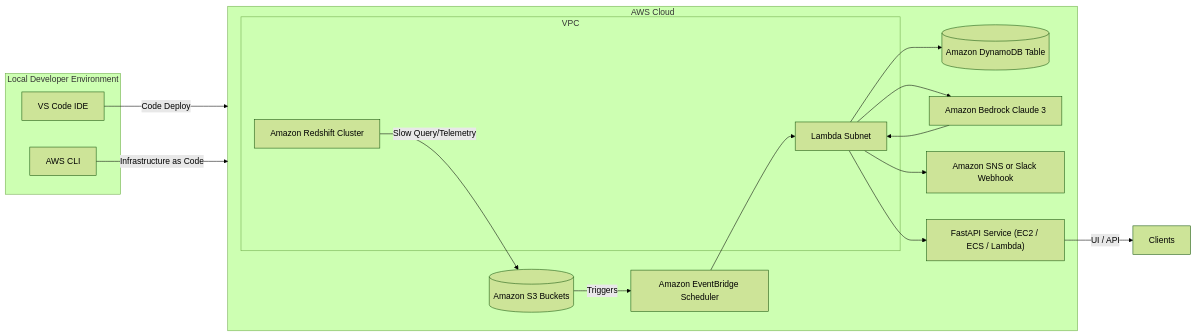
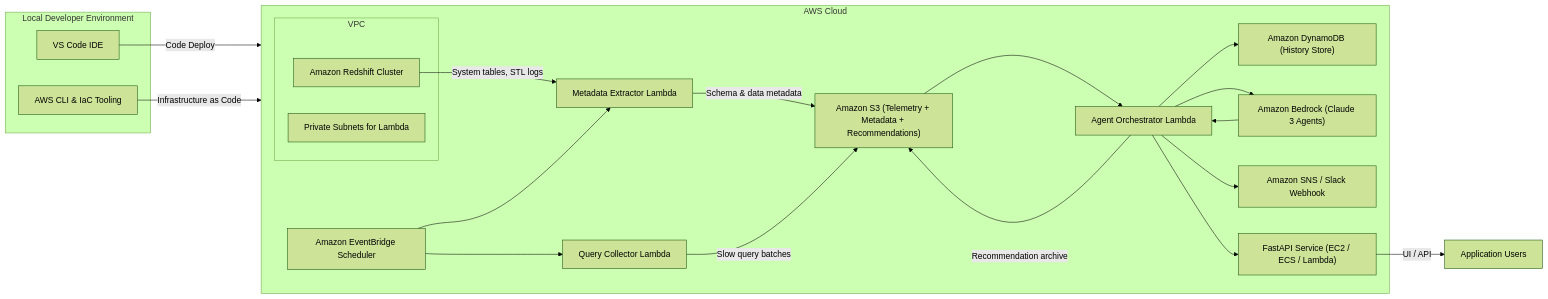
One commit to Smr2005/B_Project changed the diagram in awsredshiftmigration.md. Above: the diagram before and after it, drawn with Mermaid (forest theme). The commit also changed other lines of this file, not shown here.

````diff
--- a/awsredshiftmigration.md
+++ b/awsredshiftmigration.md
@@ -32,32 +46,39 @@
 ```mermaid
 flowchart LR
-    subgraph Client[Local Developer Environment]
-        VSCode[VS Code IDE]
-        CLI[AWS CLI]
+    subgraph Client["Local Developer Environment"]
+        VSCode["VS Code IDE"]
+        CLI["AWS CLI & IaC Tooling"]
     end
 
-    subgraph AWS[AWS Cloud]
-        subgraph Network[VPC]
-            RS[Amazon Redshift Cluster]
-            Lambdas[Lambda Subnet]
+    subgraph AWS["AWS Cloud"]
+        subgraph Network["VPC"]
+            RS["Amazon Redshift Cluster"]
+            Lambdas["Private Subnets for Lambda"]
         end
-        S3[(Amazon S3 Buckets)]
-        DynamoDB[(Amazon DynamoDB Table)]
-        EventBridge[Amazon EventBridge Scheduler]
-        Bedrock["Amazon Bedrock Claude 3"]
-        SNS["Amazon SNS or Slack Webhook"]
+        S3Metadata["Amazon S3 (Telemetry + Metadata + Recommendations)"]
+        DynamoDB["Amazon DynamoDB (History Store)"]
+        EventBridge["Amazon EventBridge Scheduler"]
+        MetadataExtractor["Metadata Extractor Lambda"]
+        QueryCollector["Query Collector Lambda"]
+        AgentOrchestrator["Agent Orchestrator Lambda"]
+        Bedrock["Amazon Bedrock (Claude 3 Agents)"]
+        SNS["Amazon SNS / Slack Webhook"]
         FastAPI["FastAPI Service (EC2 / ECS / Lambda)"]
     end
 
-    VSCode -->|Code Deploy| AWS
-    CLI -->|Infrastructure as Code| AWS
-    RS -->|Slow Query/Telemetry| S3
-    S3 -->|Triggers| EventBridge
-    EventBridge --> Lambdas
-    Lambdas --> Bedrock
-    Bedrock --> Lambdas
-    Lambdas --> DynamoDB
-    Lambdas --> FastAPI
-    Lambdas --> SNS
-    FastAPI -->|UI / API| Clients
+    VSCode -->|"Code Deploy"| AWS
+    CLI -->|"Infrastructure as Code"| AWS
+    RS -->|"System tables, STL logs"| MetadataExtractor
+    MetadataExtractor -->|"Schema & data metadata"| S3Metadata
+    EventBridge --> MetadataExtractor
+    EventBridge --> QueryCollector
+    QueryCollector -->|"Slow query batches"| S3Metadata
+    S3Metadata --> AgentOrchestrator
+    AgentOrchestrator --> Bedrock
+    Bedrock --> AgentOrchestrator
+    AgentOrchestrator --> DynamoDB
+    AgentOrchestrator --> FastAPI
+    AgentOrchestrator --> SNS
+    AgentOrchestrator -->|"Recommendation archive"| S3Metadata
+    FastAPI -->|"UI / API"| Clients["Application Users"]
 ```
````
